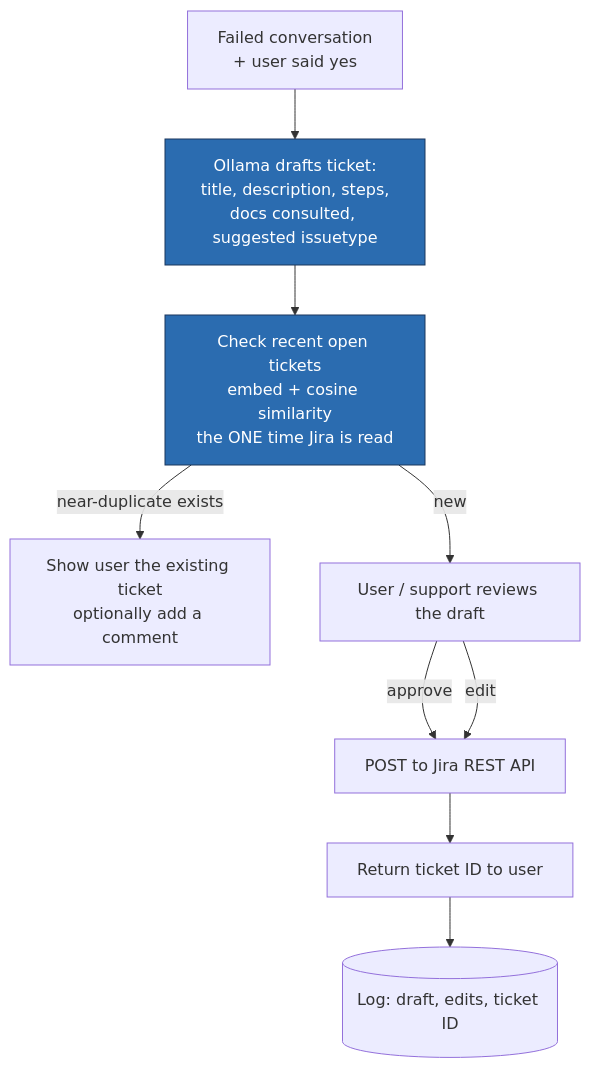
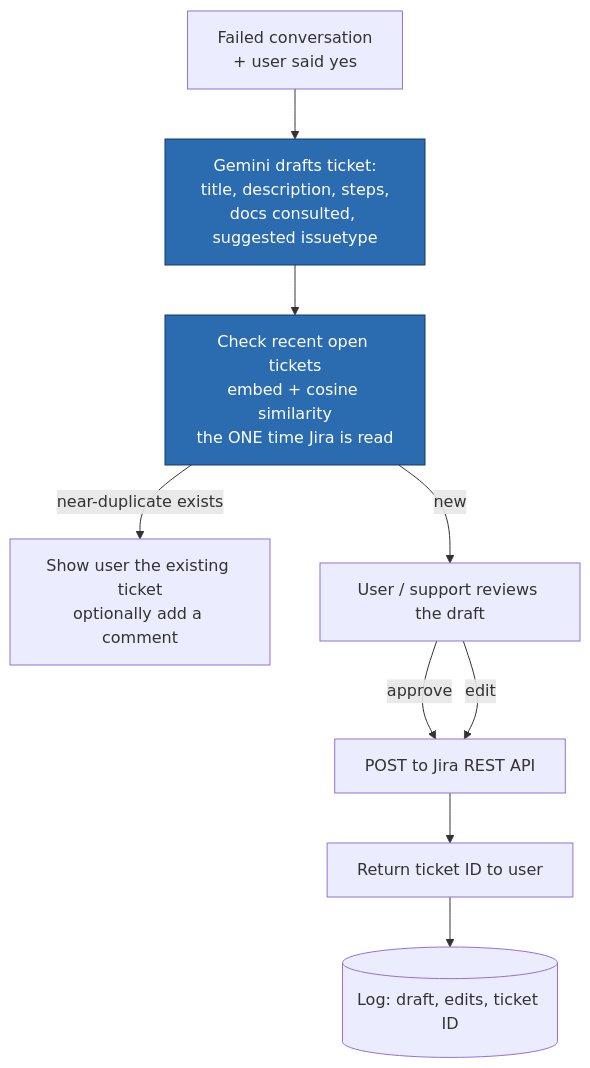
The fifth of 11 diagrams in SugboDoc-Chatbot-Flowchart.md (troymerales/sugbo-chatbot), drawn with Mermaid before and after one commit. The commit also changed other lines of this file and 48 other files, not shown here.

````diff
--- a/SugboDoc-Chatbot-Flowchart.md
+++ b/SugboDoc-Chatbot-Flowchart.md
@@ -140,14 +147,14 @@
 ```mermaid
 flowchart TD
-    C[Failed conversation<br/>+ user said yes] --> DRAFT[Ollama drafts ticket:<br/>title, description, steps,<br/>docs consulted, suggested issuetype]
+    C[Failed conversation<br/>+ user said yes] --> DRAFT[Gemini drafts ticket:<br/>title, description, steps,<br/>docs consulted, suggested issuetype]
     DRAFT --> DEDUP[Check recent open tickets<br/>embed + cosine similarity<br/>the ONE time Jira is read]
     DEDUP -->|near-duplicate exists| LINK[Show user the existing ticket<br/>optionally add a comment]
     DEDUP -->|new| REVIEW[User / support reviews the draft]
     REVIEW -->|approve| CREATE[POST to Jira REST API]
     REVIEW -->|edit| CREATE
     CREATE --> ID[Return ticket ID to user]
     ID --> LOG[(Log: draft, edits, ticket ID)]
 
     style DRAFT fill:#2b6cb0,stroke:#1a365d,color:#fff
     style DEDUP fill:#2b6cb0,stroke:#1a365d,color:#fff
 ```
````
